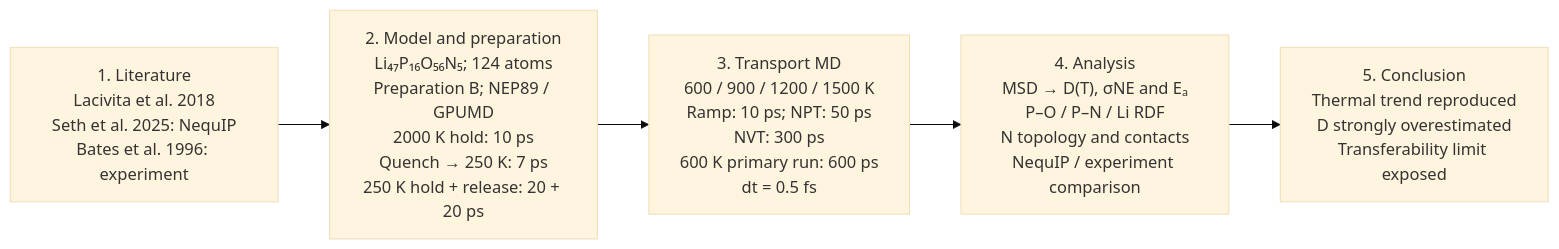
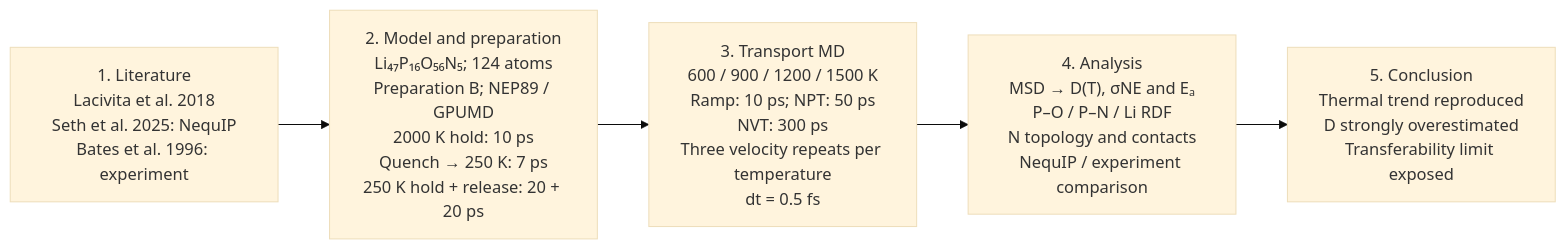
One commit to Long-Brian-Yang/li-research changed the sixth of 6 diagrams in docs/materials/materials_overview_en.md. Above: the diagram before and after it, drawn with Mermaid (base theme). The commit also changed other lines of this file and 34 other files, not shown here.

````diff
--- a/docs/materials/materials_overview_en.md
+++ b/docs/materials/materials_overview_en.md
@@ -596,7 +596,7 @@
 ```mermaid
 flowchart LR
     A["1. Literature<br/>Lacivita et al. 2018<br/>Seth et al. 2025: NequIP<br/>Bates et al. 1996: experiment"] --> B["2. Model and preparation<br/>Li₄₇P₁₆O₅₆N₅; 124 atoms<br/>Preparation B; NEP89 / GPUMD<br/>2000 K hold: 10 ps<br/>Quench → 250 K: 7 ps<br/>250 K hold + release: 20 + 20 ps"]
-    B --> C["3. Transport MD<br/>600 / 900 / 1200 / 1500 K<br/>Ramp: 10 ps; NPT: 50 ps<br/>NVT: 300 ps<br/>600 K primary run: 600 ps<br/>dt = 0.5 fs"]
+    B --> C["3. Transport MD<br/>600 / 900 / 1200 / 1500 K<br/>Ramp: 10 ps; NPT: 50 ps<br/>NVT: 300 ps<br/>Three velocity repeats per temperature<br/>dt = 0.5 fs"]
     C --> D["4. Analysis<br/>MSD → D(T), σNE and Eₐ<br/>P–O / P–N / Li RDF<br/>N topology and contacts<br/>NequIP / experiment comparison"]
     D --> E["5. Conclusion<br/>Thermal trend reproduced<br/>D strongly overestimated<br/>Transferability limit exposed"]
 ```
````
